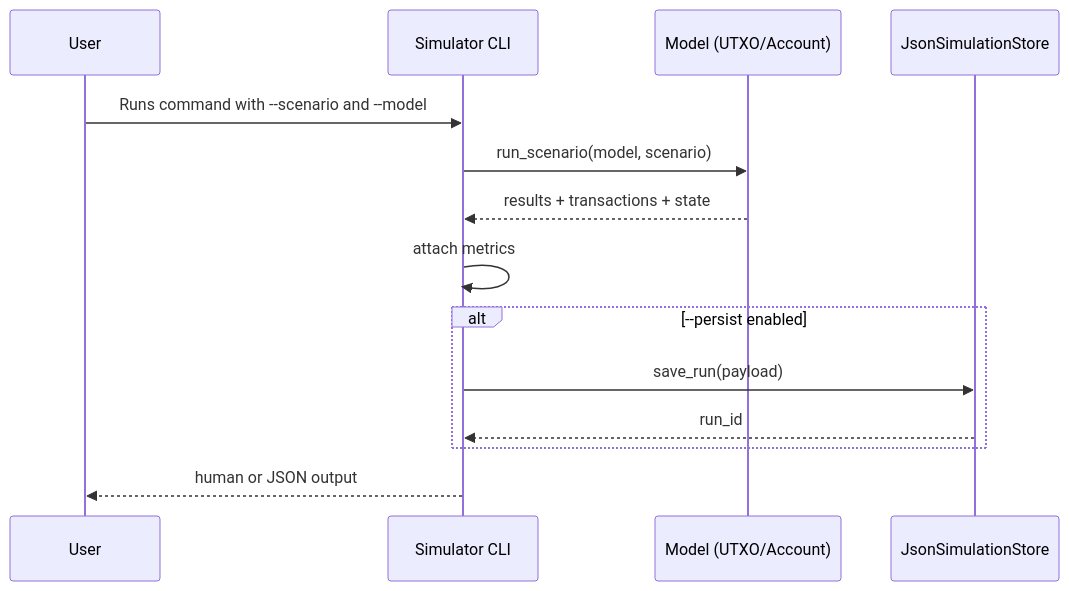
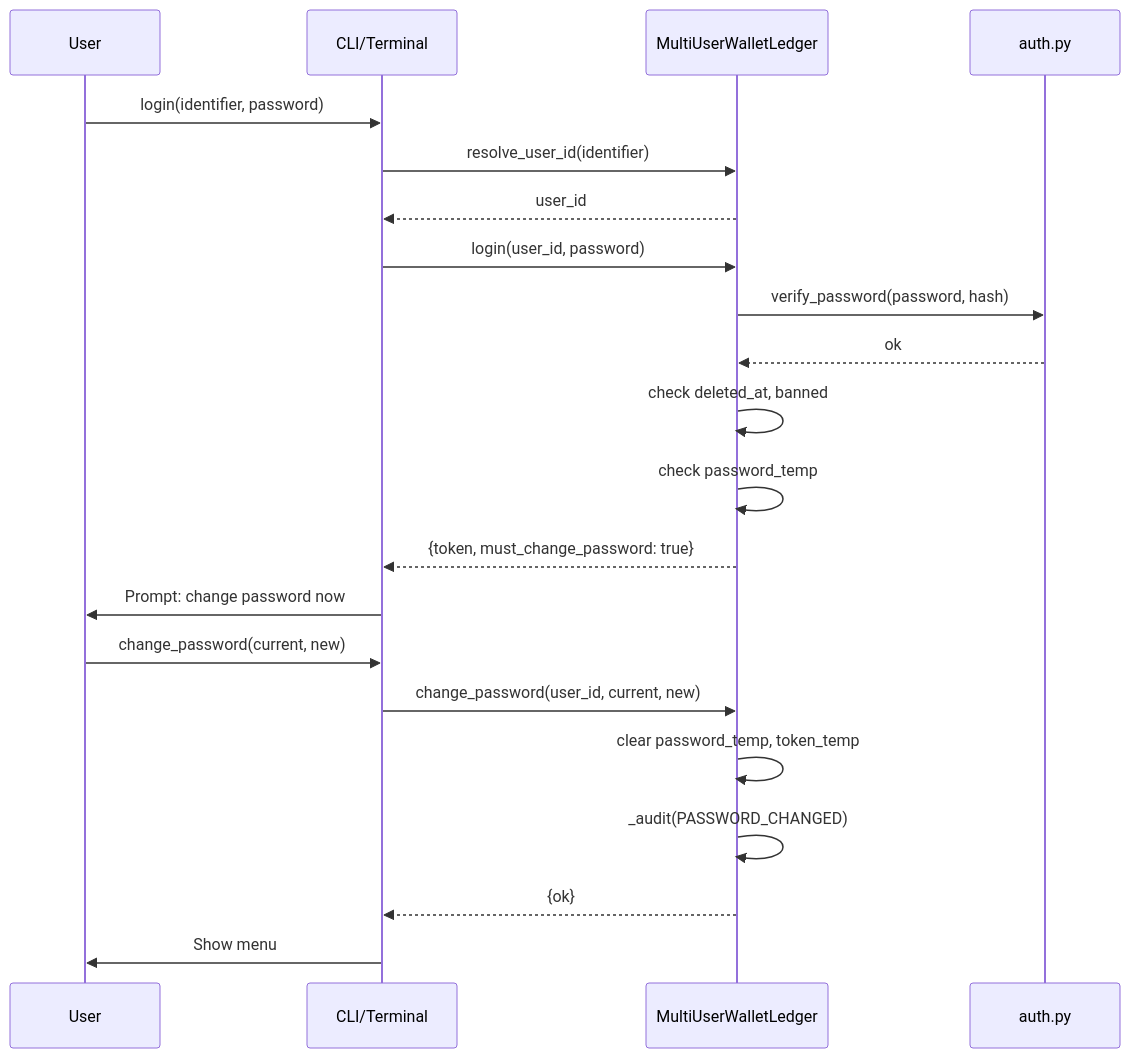
The third of 6 diagrams in docs/en/SYSTEM_DOCUMENTATION.md (basic-blockchain/blockchain-data-model), drawn with Mermaid before and after one commit. The commit also changed other lines of this file and 5 other files, not shown here.

````diff
--- a/docs/en/SYSTEM_DOCUMENTATION.md
+++ b/docs/en/SYSTEM_DOCUMENTATION.md
@@ -37,17 +203,24 @@
 ```mermaid
 sequenceDiagram
     participant U as User
-    participant CLI as Simulator CLI
-    participant M as Model (UTXO/Account)
-    participant S as JsonSimulationStore
+    participant CLI as CLI/Terminal
+    participant L as MultiUserWalletLedger
+    participant A as auth.py
 
-    U->>CLI: Runs command with --scenario and --model
-    CLI->>M: run_scenario(model, scenario)
-    M-->>CLI: results + transactions + state
-    CLI->>CLI: attach metrics
-    alt --persist enabled
-        CLI->>S: save_run(payload)
-        S-->>CLI: run_id
-    end
-    CLI-->>U: human or JSON output
+    U->>CLI: login(identifier, password)
+    CLI->>L: resolve_user_id(identifier)
+    L-->>CLI: user_id
+    CLI->>L: login(user_id, password)
+    L->>A: verify_password(password, hash)
+    A-->>L: ok
+    L->>L: check deleted_at, banned
+    L->>L: check password_temp
+    L-->>CLI: {token, must_change_password: true}
+    CLI->>U: Prompt: change password now
+    U->>CLI: change_password(current, new)
+    CLI->>L: change_password(user_id, current, new)
+    L->>L: clear password_temp, token_temp
+    L->>L: _audit(PASSWORD_CHANGED)
+    L-->>CLI: {ok}
+    CLI->>U: Show menu
 ```
````
